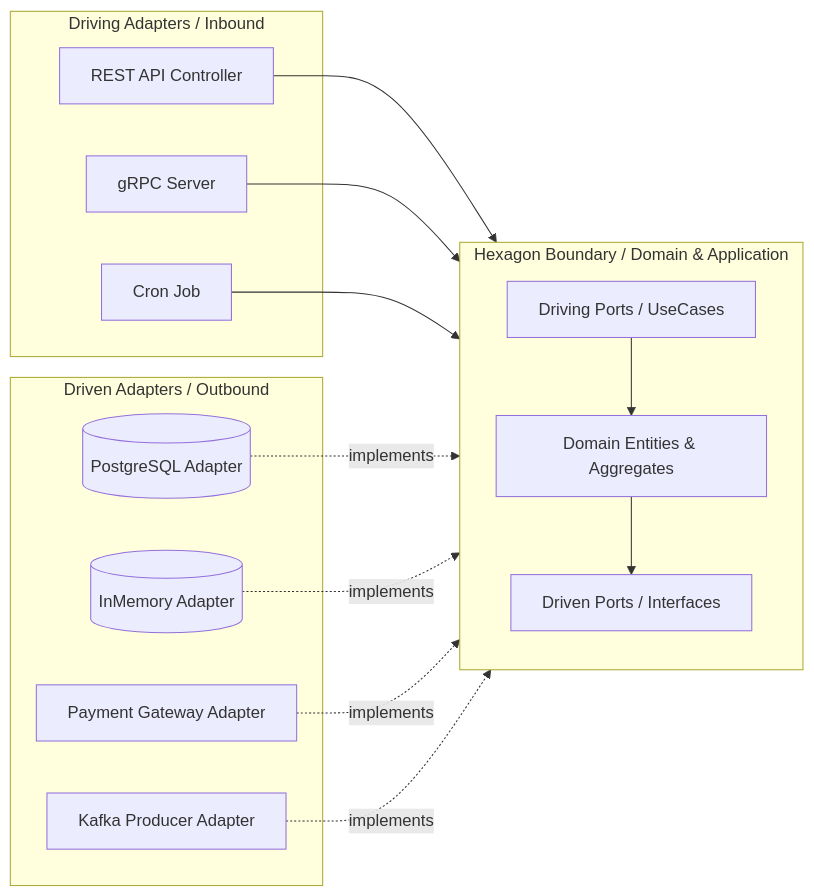
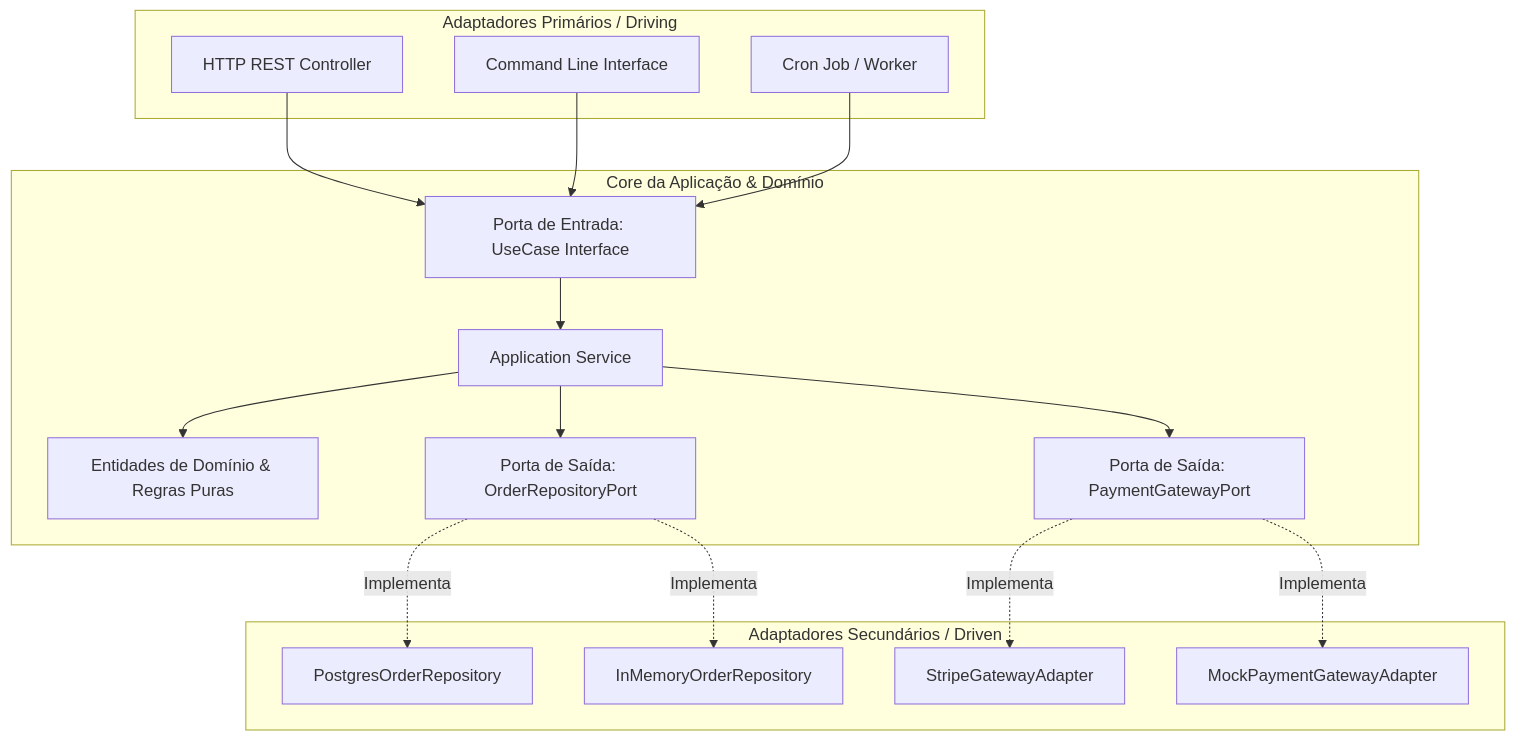
One commit to andermoreira/arch-lab changed the second of 2 diagrams in docs/reference/02-hexagonal-and-clean-architecture.md. Above: the diagram before and after it, drawn with Mermaid. The commit also changed other lines of this file and 17 other files, not shown here.

````diff
--- a/docs/reference/02-hexagonal-and-clean-architecture.md
+++ b/docs/reference/02-hexagonal-and-clean-architecture.md
@@ -7,33 +27,35 @@
 ```mermaid
-graph LR
-    subgraph Primary_Adapters [Driving Adapters / Inbound]
-        REST[REST API Controller]
-        GRPC[gRPC Server]
-        CRON[Cron Job]
+graph TD
+    subgraph Driving_Adapters [Adaptadores Primários / Driving]
+        HTTP[HTTP REST Controller]
+        CLI[Command Line Interface]
+        CRON[Cron Job / Worker]
     end
 
-    subgraph Hexagon_Core [Hexagon Boundary / Domain & Application]
-        direction TB
-        PORT_IN[Driving Ports / UseCases]
-        CORE[Domain Entities & Aggregates]
-        PORT_OUT[Driven Ports / Interfaces]
-        PORT_IN --> CORE
-        CORE --> PORT_OUT
+    subgraph Hexagon_Core [Core da Aplicação & Domínio]
+        InPort[Porta de Entrada: UseCase Interface]
+        AppSvc[Application Service]
+        DomainModel[Entidades de Domínio & Regras Puras]
+        OutPortRepo[Porta de Saída: OrderRepositoryPort]
+        OutPortPay[Porta de Saída: PaymentGatewayPort]
     end
 
-    subgraph Secondary_Adapters [Driven Adapters / Outbound]
-        DB_PG[(PostgreSQL Adapter)]
-        DB_MEM[(InMemory Adapter)]
-        PAY[Payment Gateway Adapter]
-        MSG[Kafka Producer Adapter]
+    subgraph Driven_Adapters [Adaptadores Secundários / Driven]
+        PgRepo[PostgresOrderRepository]
+        MemRepo[InMemoryOrderRepository]
+        StripeAdapter[StripeGatewayAdapter]
+        MockPayAdapter[MockPaymentGatewayAdapter]
     end
 
-    REST --> PORT_IN
-    GRPC --> PORT_IN
-    CRON --> PORT_IN
-    
-    DB_PG -.->|implements| PORT_OUT
-    DB_MEM -.->|implements| PORT_OUT
-    PAY -.->|implements| PORT_OUT
-    MSG -.->|implements| PORT_OUT
+    HTTP --> InPort
+    CLI --> InPort
+    CRON --> InPort
+    InPort --> AppSvc
+    AppSvc --> DomainModel
+    AppSvc --> OutPortRepo
+    AppSvc --> OutPortPay
+    OutPortRepo -.->|Implementa| PgRepo
+    OutPortRepo -.->|Implementa| MemRepo
+    OutPortPay -.->|Implementa| StripeAdapter
+    OutPortPay -.->|Implementa| MockPayAdapter
 ```
````
